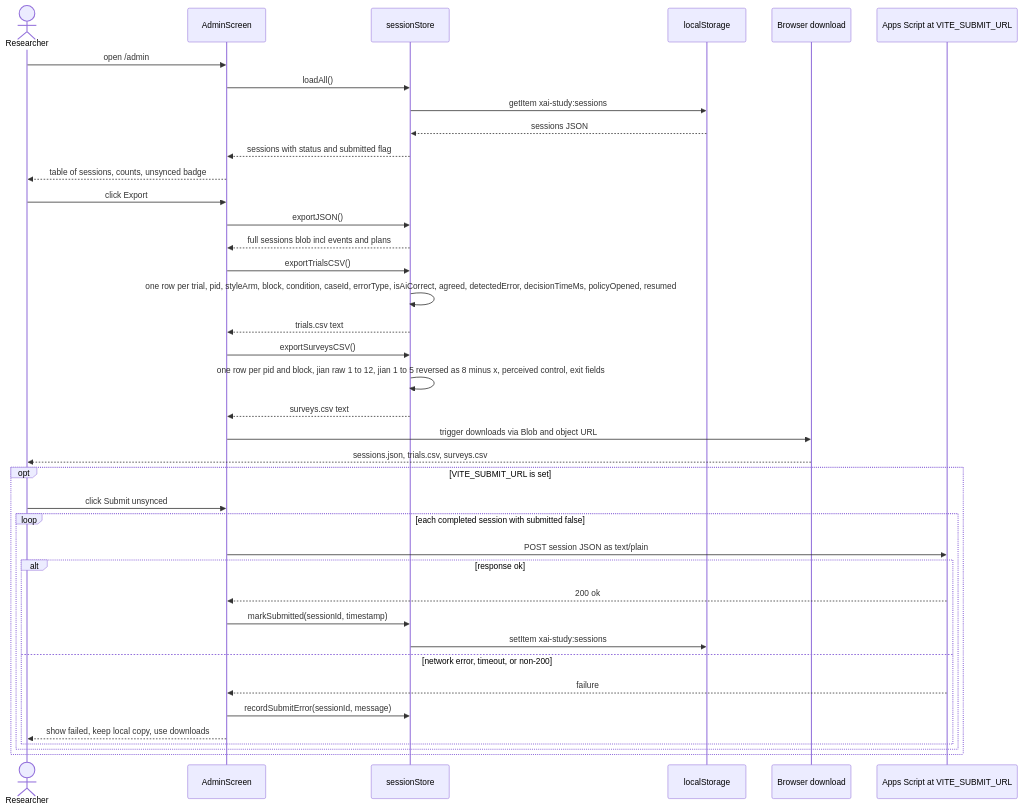
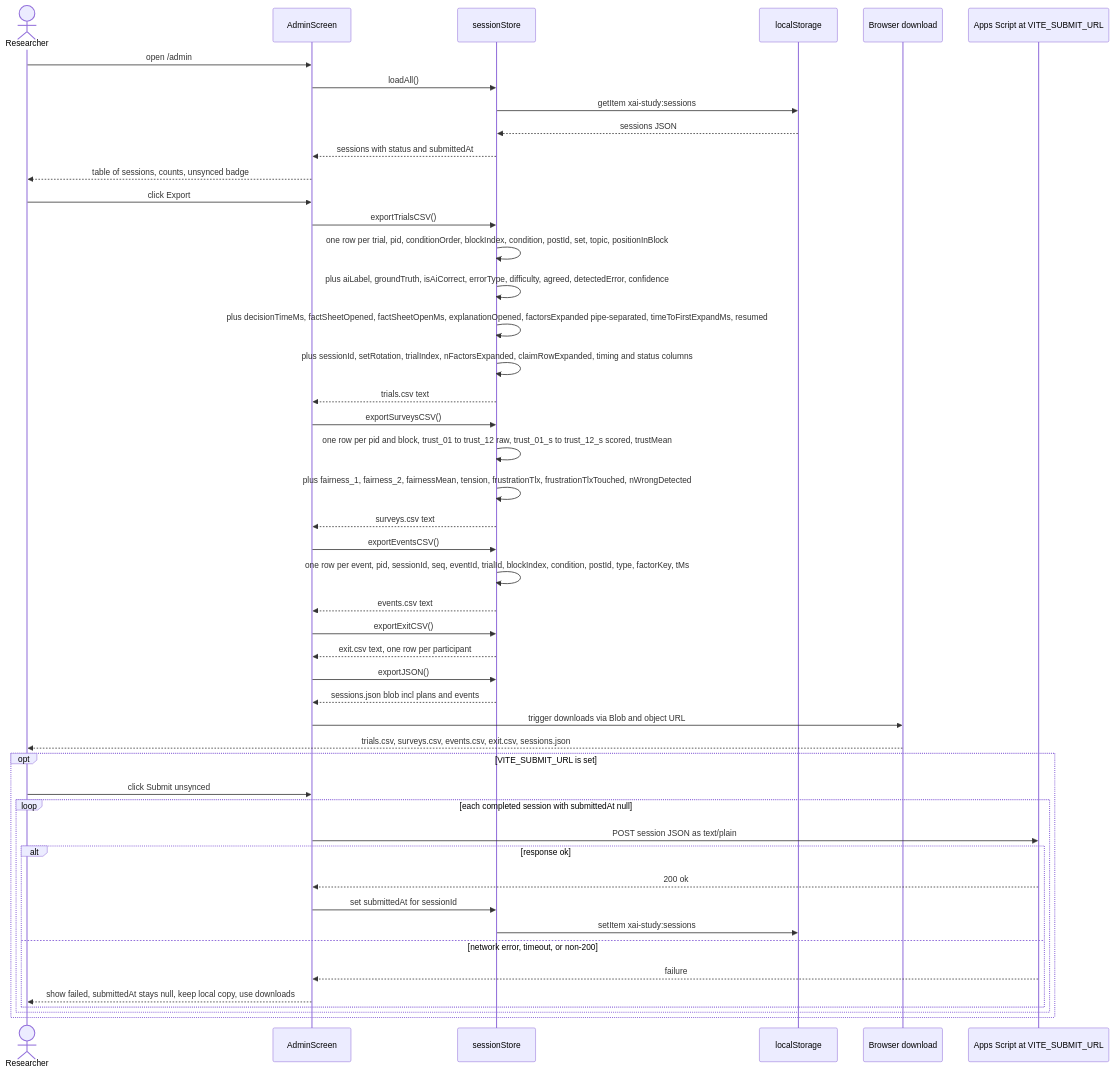
Before and after one commit to bibekgupta3333/HCI: diagram 11 of 11 in docs/sequence-diagrams.md, drawn with Mermaid. The commit also changed other lines of this file and 27 other files, not shown here.

````diff
--- a/docs/sequence-diagrams.md
+++ b/docs/sequence-diagrams.md
@@ -402,42 +561,50 @@
 ```mermaid
 sequenceDiagram
     actor Researcher
     participant Admin as AdminScreen
     participant SS as sessionStore
     participant LS as localStorage
     participant Browser as Browser download
     participant GAS as Apps Script at VITE_SUBMIT_URL
 
     Researcher->>Admin: open /admin
     Admin->>SS: loadAll()
     SS->>LS: getItem xai-study:sessions
     LS-->>SS: sessions JSON
-    SS-->>Admin: sessions with status and submitted flag
+    SS-->>Admin: sessions with status and submittedAt
     Admin-->>Researcher: table of sessions, counts, unsynced badge
     Researcher->>Admin: click Export
-    Admin->>SS: exportJSON()
-    SS-->>Admin: full sessions blob incl events and plans
     Admin->>SS: exportTrialsCSV()
-    SS->>SS: one row per trial, pid, styleArm, block, condition, caseId, errorType, isAiCorrect, agreed, detectedError, decisionTimeMs, policyOpened, resumed
+    SS->>SS: one row per trial, pid, conditionOrder, blockIndex, condition, postId, set, topic, positionInBlock
+    SS->>SS: plus aiLabel, groundTruth, isAiCorrect, errorType, difficulty, agreed, detectedError, confidence
+    SS->>SS: plus decisionTimeMs, factSheetOpened, factSheetOpenMs, explanationOpened, factorsExpanded pipe-separated, timeToFirstExpandMs, resumed
+    SS->>SS: plus sessionId, setRotation, trialIndex, nFactorsExpanded, claimRowExpanded, timing and status columns
     SS-->>Admin: trials.csv text
     Admin->>SS: exportSurveysCSV()
-    SS->>SS: one row per pid and block, jian raw 1 to 12, jian 1 to 5 reversed as 8 minus x, perceived control, exit fields
+    SS->>SS: one row per pid and block, trust_01 to trust_12 raw, trust_01_s to trust_12_s scored, trustMean
+    SS->>SS: plus fairness_1, fairness_2, fairnessMean, tension, frustrationTlx, frustrationTlxTouched, nWrongDetected
     SS-->>Admin: surveys.csv text
+    Admin->>SS: exportEventsCSV()
+    SS->>SS: one row per event, pid, sessionId, seq, eventId, trialId, blockIndex, condition, postId, type, factorKey, tMs
+    SS-->>Admin: events.csv text
+    Admin->>SS: exportExitCSV()
+    SS-->>Admin: exit.csv text, one row per participant
+    Admin->>SS: exportJSON()
+    SS-->>Admin: sessions.json blob incl plans and events
     Admin->>Browser: trigger downloads via Blob and object URL
-    Browser-->>Researcher: sessions.json, trials.csv, surveys.csv
+    Browser-->>Researcher: trials.csv, surveys.csv, events.csv, exit.csv, sessions.json
     opt VITE_SUBMIT_URL is set
         Researcher->>Admin: click Submit unsynced
-        loop each completed session with submitted false
+        loop each completed session with submittedAt null
             Admin->>GAS: POST session JSON as text/plain
             alt response ok
                 GAS-->>Admin: 200 ok
-                Admin->>SS: markSubmitted(sessionId, timestamp)
+                Admin->>SS: set submittedAt for sessionId
                 SS->>LS: setItem xai-study:sessions
             else network error, timeout, or non-200
                 GAS-->>Admin: failure
-                Admin->>SS: recordSubmitError(sessionId, message)
-                Admin-->>Researcher: show failed, keep local copy, use downloads
+                Admin-->>Researcher: show failed, submittedAt stays null, keep local copy, use downloads
             end
         end
     end
 ```
````
